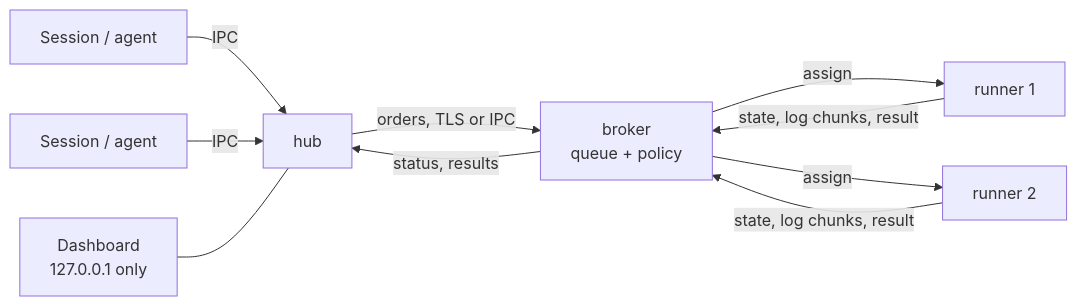
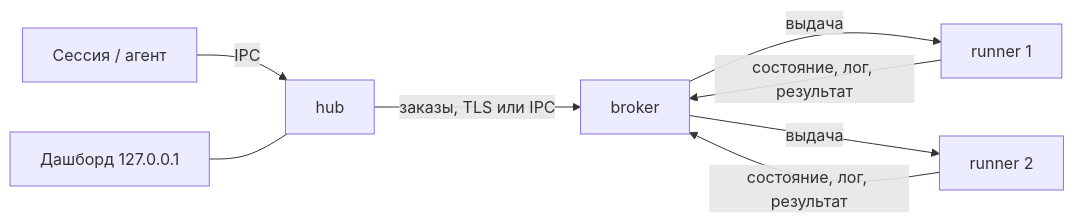
The diagram in README.md (alexpantiukhin/Al.LocalRunner), drawn with Mermaid before and after one commit. The commit also changed other lines of this file, not shown here.

Commit message:
docs: README — установка, настройка и использование hub, брокера и раннера

````diff
--- a/README.md
+++ b/README.md
@@ -11,12 +15,10 @@
 ```mermaid
 flowchart LR
-    S1[Session / agent] -->|IPC| H[hub]
-    S2[Session / agent] -->|IPC| H
-    D[Dashboard<br/>127.0.0.1 only] --- H
-    H -->|orders, TLS or IPC| B[broker<br/>queue + policy]
-    B -->|assign| R1[runner 1]
-    B -->|assign| R2[runner 2]
-    R1 -->|state, log chunks, result| B
-    R2 -->|state, log chunks, result| B
-    B -->|status, results| H
+    S[Сессия / агент] -->|IPC| H[hub]
+    D[Дашборд 127.0.0.1] --- H
+    H -->|заказы, TLS или IPC| B[broker]
+    B -->|выдача| R1[runner 1]
+    B -->|выдача| R2[runner 2]
+    R1 -->|состояние, лог, результат| B
+    R2 -->|состояние, лог, результат| B
 ```
````
